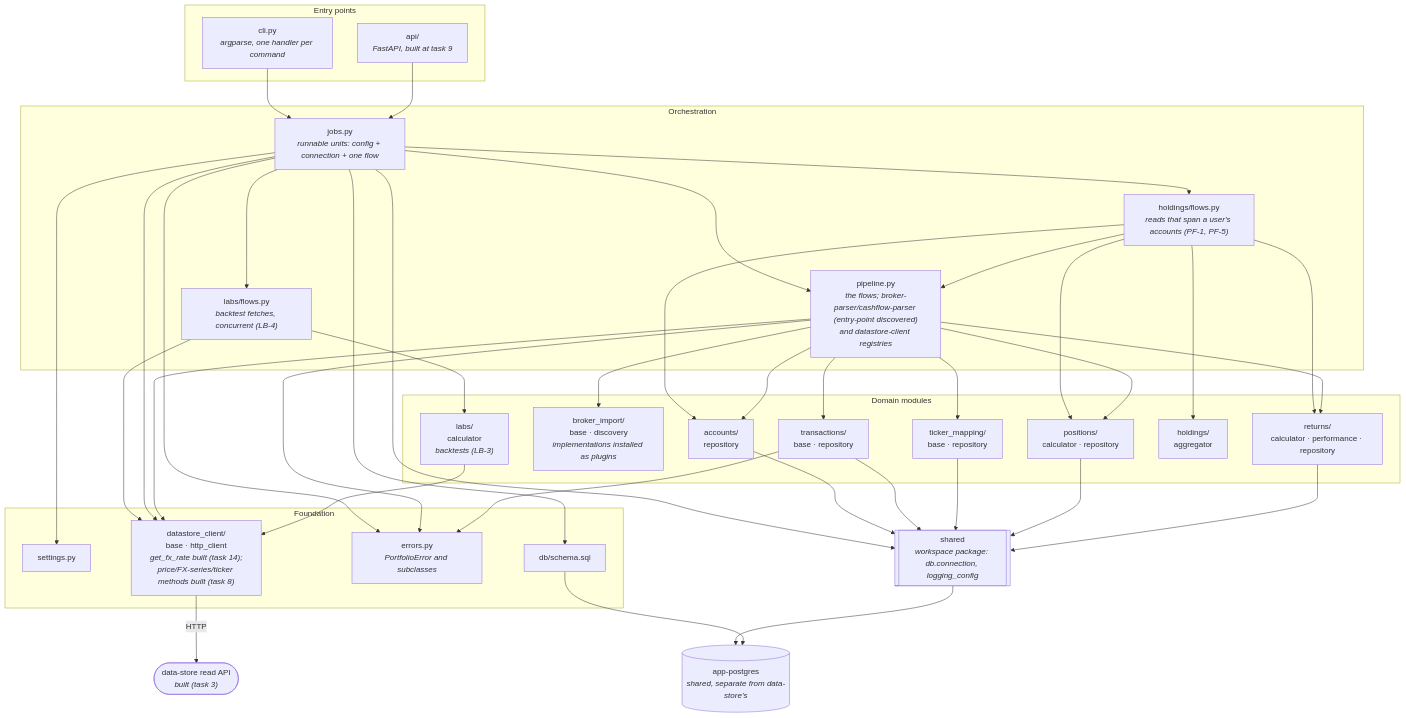
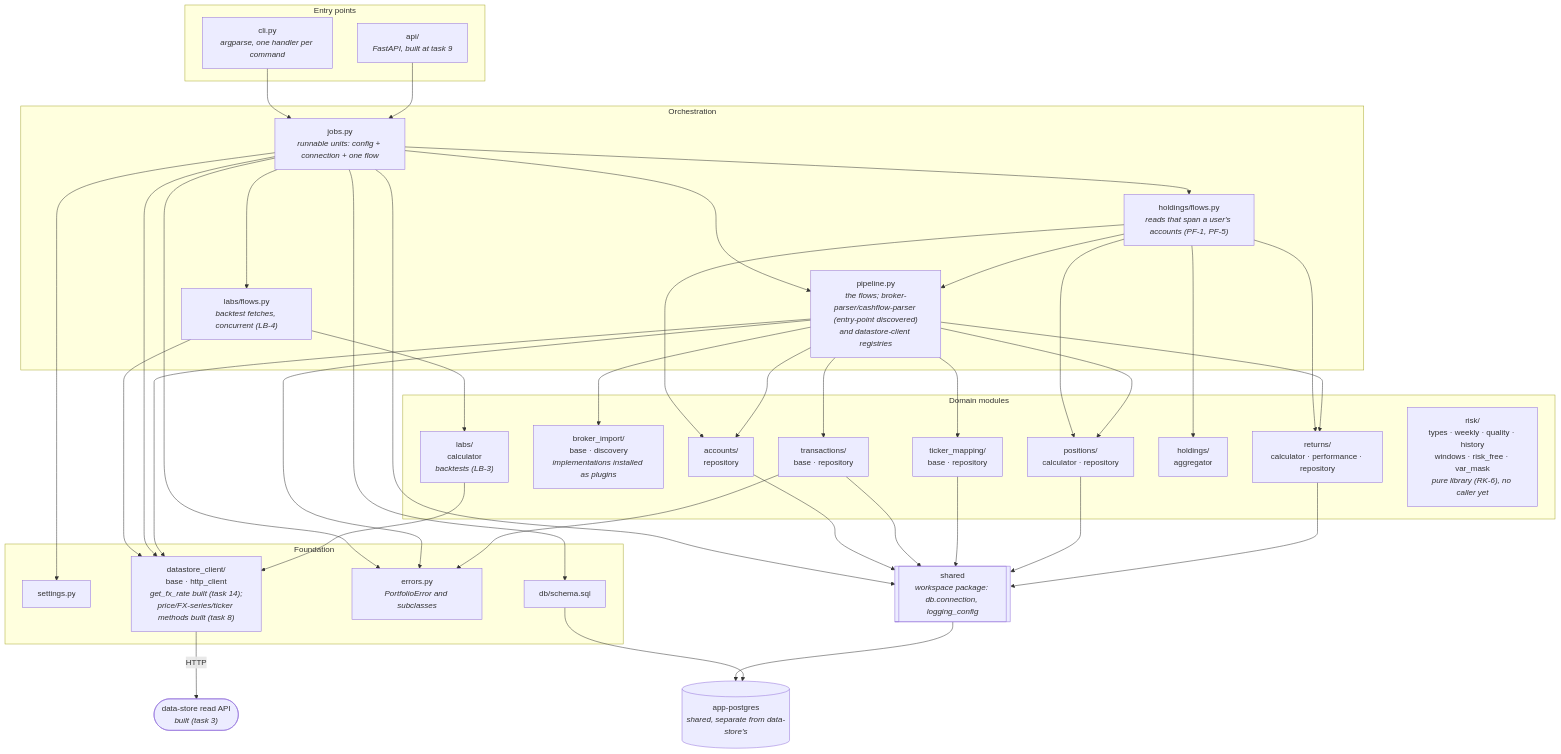
The diagram in services/portfolio/docs/architecture.md (jpedropereira/Stakehold), drawn with Mermaid before and after one commit. The commit also changed other lines of this file and 1 other file, not shown here.

Commit message:
Document the risk library; mark RK-6 done and add RK-31
architecture.md adds risk/ to the layering diagram and the module table:
why it's pure, why floats, and the VaR-mask limitation. In the thread,
RK-6 is done with an "As built" note, RK-7 and RK-16 are ready, and RK-31
(a VaR day mask on traded volume) is added, blocked on RK-1.

````diff
--- a/services/portfolio/docs/architecture.md
+++ b/services/portfolio/docs/architecture.md
@@ -60,72 +60,73 @@
 ```mermaid
 flowchart TD
     subgraph entry["Entry points"]
         CLI["cli.py<br/><i>argparse, one handler per command</i>"]
         API["api/<br/><i>FastAPI, built at task 9</i>"]
     end
 
     subgraph orch["Orchestration"]
         JOBS["jobs.py<br/><i>runnable units: config + connection + one flow</i>"]
         PIPE["pipeline.py<br/><i>the flows; broker-parser/cashflow-parser (entry-point discovered)<br/>and datastore-client registries</i>"]
         HFLOW["holdings/flows.py<br/><i>reads that span a user's accounts (PF-1, PF-5)</i>"]
         LFLOW["labs/flows.py<br/><i>backtest fetches, concurrent (LB-4)</i>"]
     end
 
     subgraph domain["Domain modules"]
         ACC["accounts/<br/>repository"]
         IMP["broker_import/<br/>base · discovery<br/><i>implementations installed as plugins</i>"]
         MAP["ticker_mapping/<br/>base · repository"]
         TXN["transactions/<br/>base · repository"]
         POS["positions/<br/>calculator · repository"]
         RET["returns/<br/>calculator · performance · repository"]
         HOLD["holdings/<br/>aggregator"]
         LABS["labs/<br/>calculator<br/><i>backtests (LB-3)</i>"]
+        RISK["risk/<br/>types · weekly · quality · history<br/>windows · risk_free · var_mask<br/><i>pure library (RK-6), no caller yet</i>"]
     end
 
     subgraph found["Foundation"]
         SET["settings.py"]
         DB["db/schema.sql"]
         ERR["errors.py<br/><i>PortfolioError and subclasses</i>"]
         DSC["datastore_client/<br/>base · http_client<br/><i>get_fx_rate built (task 14);<br/>price/FX-series/ticker methods built (task 8)</i>"]
     end
 
     SH[["shared<br/><i>workspace package: db.connection, logging_config</i>"]]
     PG[("app-postgres<br/><i>shared, separate from data-store's</i>")]
     DSAPI(["data-store read API<br/><i>built (task 3)</i>"])
 
     CLI --> JOBS
     API --> JOBS
     JOBS --> PIPE
     JOBS --> HFLOW
     JOBS --> LFLOW
     LFLOW --> LABS
     LFLOW --> DSC
     HFLOW --> ACC
     HFLOW --> POS
     HFLOW --> RET
     HFLOW --> HOLD
     HFLOW --> PIPE
     JOBS --> SET
     JOBS --> DB
     JOBS --> ERR
     JOBS --> DSC
     PIPE --> ACC
     PIPE --> IMP
     PIPE --> MAP
     PIPE --> TXN
     PIPE --> POS
     PIPE --> RET
     PIPE --> DSC
     PIPE --> ERR
     TXN --> ERR
     JOBS --> SH
     ACC --> SH
     TXN --> SH
     MAP --> SH
     POS --> SH
     RET --> SH
     LABS --> DSC
     SH --> PG
     DB --> PG
     DSC -->|HTTP| DSAPI
 ```
````
